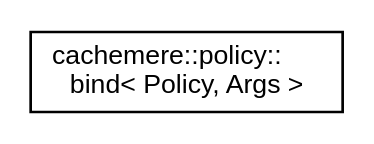
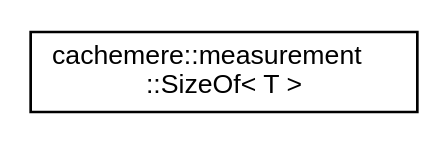
One commit to coveooss/cachemere changed the diagram in docs/inherit_graph_7.dot. Above: the diagram before and after it, drawn with Graphviz. The commit also changed 154 other files, not shown here.

```diff
--- a/docs/inherit_graph_7.dot
+++ b/docs/inherit_graph_7.dot
@@ -1,8 +1,8 @@
 digraph "Graphical Class Hierarchy"
 {
  // LATEX_PDF_SIZE
   edge [fontname="Helvetica",fontsize="10",labelfontname="Helvetica",labelfontsize="10"];
   node [fontname="Helvetica",fontsize="10",shape=record];
   rankdir="LR";
-  Node0 [label="cachemere::policy::\lbind\< Policy, Args \>",height=0.2,width=0.4,color="black", fillcolor="white", style="filled",URL="$structcachemere_1_1policy_1_1bind.html",tooltip="Binds a Policy<K, V, Args...> template to a Policy<K, V> template to be used with the cache."];
+  Node0 [label="cachemere::measurement\l::SizeOf\< T \>",height=0.2,width=0.4,color="black", fillcolor="white", style="filled",URL="$structcachemere_1_1measurement_1_1SizeOf.html",tooltip="Get the size of an object via sizeof()."];
 }
```
